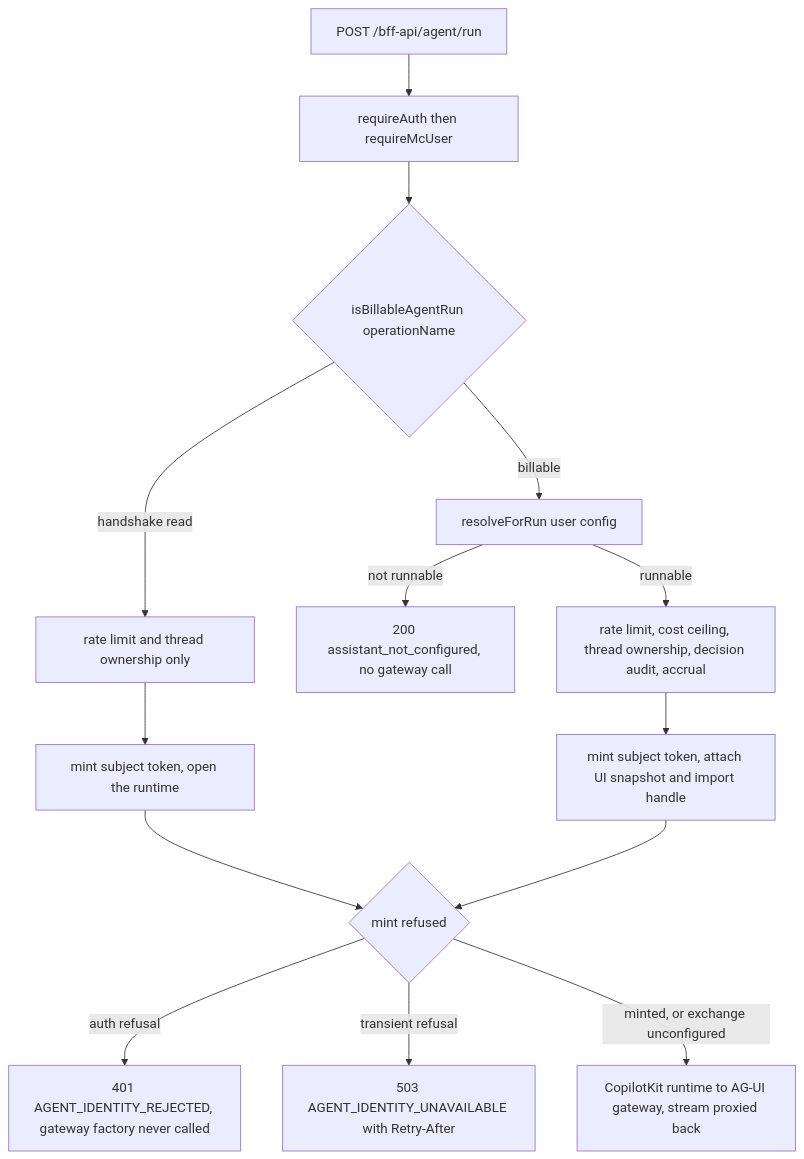
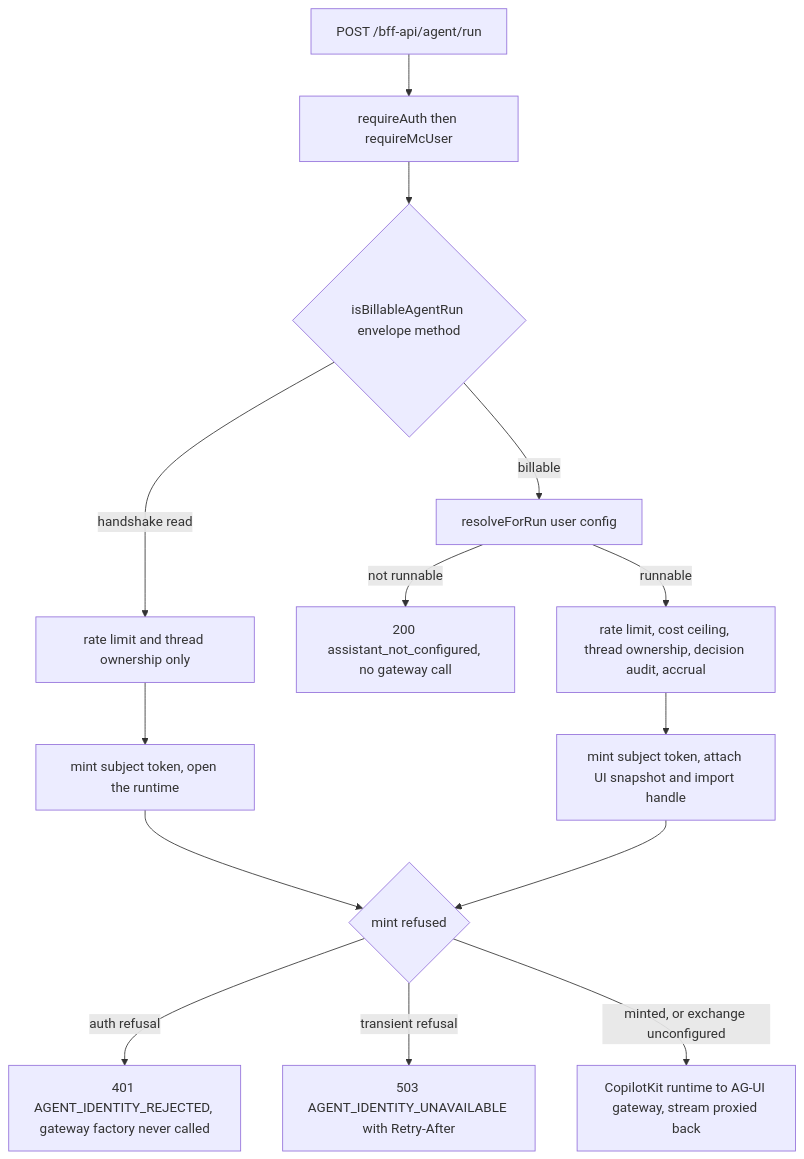
The first of 4 diagrams in openwiki/projects/bff.md (jumbleknot/MovieCollectionManager), drawn with Mermaid before and after one commit. The commit also changed other lines of this file and 11 other files, not shown here.

First line of the commit message:
fix(bff): bill the model run, not the CopilotKit handshake — classify by envelope method (item #806)

````diff
--- a/openwiki/projects/bff.md
+++ b/openwiki/projects/bff.md
@@ -128,16 +128,16 @@
 ```mermaid
 flowchart TD
     A["POST /bff-api/agent/run"] --> B["requireAuth then requireMcUser"]
-    B --> C{"isBillableAgentRun operationName"}
+    B --> C{"isBillableAgentRun envelope method"}
     C -->|"handshake read"| H["rate limit and thread ownership only"]
     C -->|"billable"| D["resolveForRun user config"]
     D -->|"not runnable"| E["200 assistant_not_configured, no gateway call"]
     D -->|"runnable"| F["rate limit, cost ceiling, thread ownership, decision audit, accrual"]
     H --> G["mint subject token, open the runtime"]
     F --> K["mint subject token, attach UI snapshot and import handle"]
     G --> M{"mint refused"}
     K --> M
     M -->|"auth refusal"| N["401 AGENT_IDENTITY_REJECTED, gateway factory never called"]
     M -->|"transient refusal"| P["503 AGENT_IDENTITY_UNAVAILABLE with Retry-After"]
     M -->|"minted, or exchange unconfigured"| I["CopilotKit runtime to AG-UI gateway, stream proxied back"]
 ```
````
